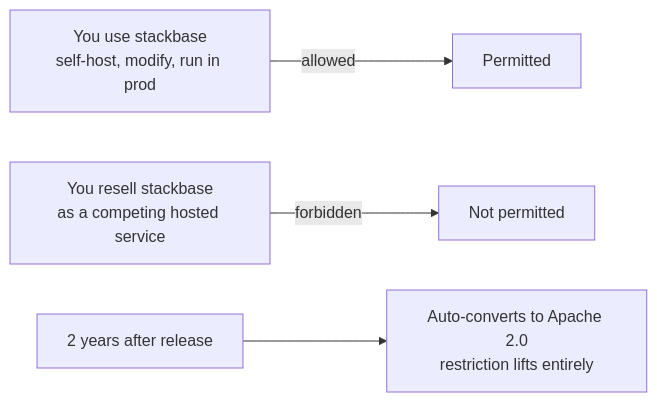
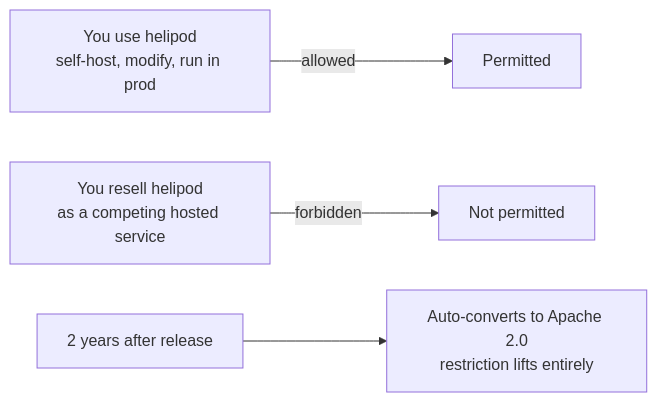
The first of 3 diagrams in website/content/docs/contributing/licensing.mdx (helipod-sh/helipod), drawn with Mermaid before and after one commit. The commit also changed other lines of this file and 1141 other files, not shown here.

First line of the commit message:
feat: rename project from stackbase to helipod

````diff
--- a/website/content/docs/contributing/licensing.mdx
+++ b/website/content/docs/contributing/licensing.mdx
@@ -29,6 +29,6 @@
 ```mermaid
 flowchart LR
-    A["You use stackbase\nself-host, modify, run in prod"] -->|allowed| B["Permitted"]
-    C["You resell stackbase\nas a competing hosted service"] -->|forbidden| D["Not permitted"]
+    A["You use helipod\nself-host, modify, run in prod"] -->|allowed| B["Permitted"]
+    C["You resell helipod\nas a competing hosted service"] -->|forbidden| D["Not permitted"]
     E["2 years after release"] --> F["Auto-converts to Apache 2.0\nrestriction lifts entirely"]
 ```
````
